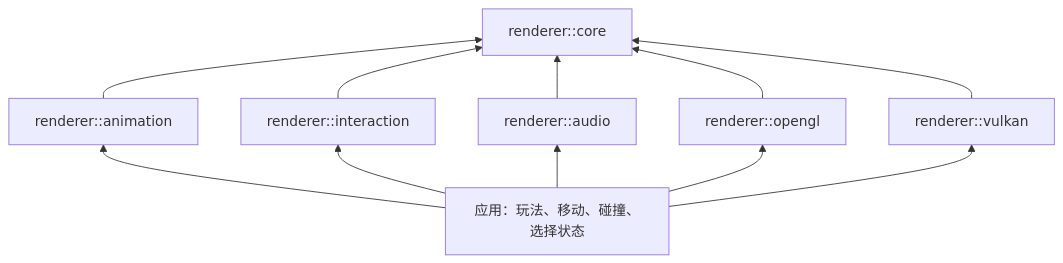
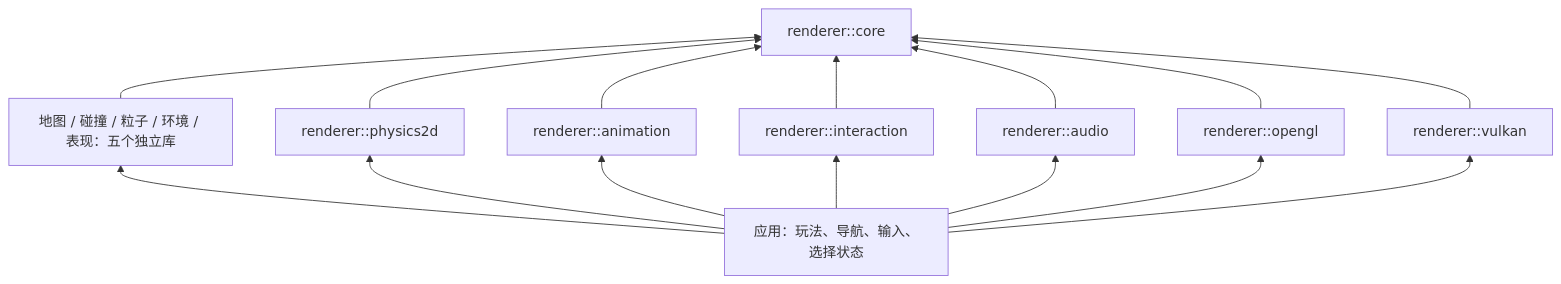
One commit to LiuTag/renderer changed the diagram in docs/MODULES.md. Above: the diagram before and after it, drawn with Mermaid. The commit also changed other lines of this file and 101 other files, not shown here.

First line of the commit message:
feat: 完善图片世界、Box2D 与离屏渲染并整理文档

````diff
--- a/docs/MODULES.md
+++ b/docs/MODULES.md
@@ -18,20 +24,26 @@
 ```mermaid
 flowchart BT
-    application[应用：玩法、移动、碰撞、选择状态]
+    application[应用：玩法、导航、输入、选择状态]
     animation[renderer::animation]
     interaction[renderer::interaction]
     audio[renderer::audio]
+    physics[renderer::physics2d]
     opengl[renderer::opengl]
     vulkan[renderer::vulkan]
     core[renderer::core]
+    world[地图 / 碰撞 / 粒子 / 环境 / 表现：五个独立库]
+    application --> world
+    world --> core
     application --> animation
     application --> interaction
     application --> audio
+    application --> physics
+    physics --> core
     application --> opengl
     application --> vulkan
     animation --> core
     interaction --> core
     audio --> core
     opengl --> core
     vulkan --> core
 ```
````
